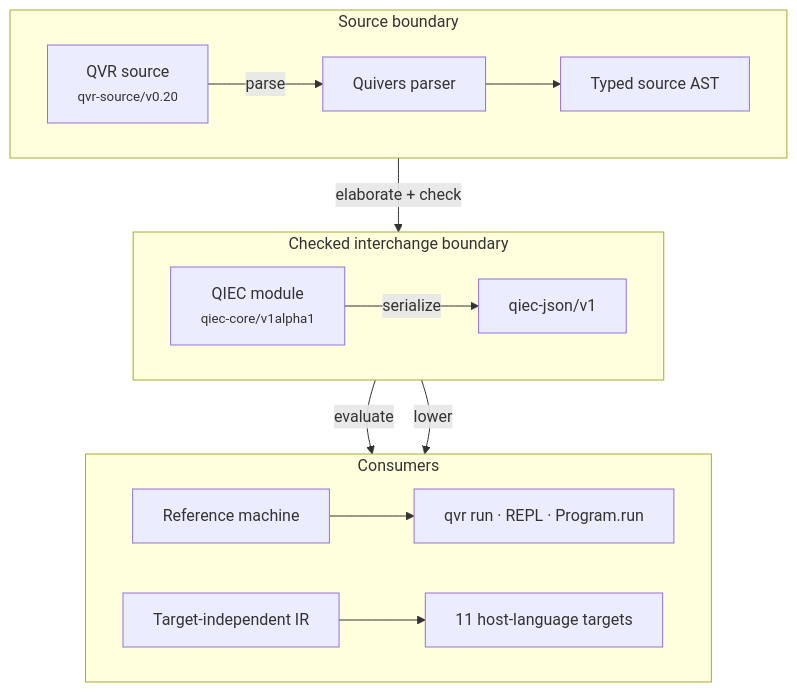
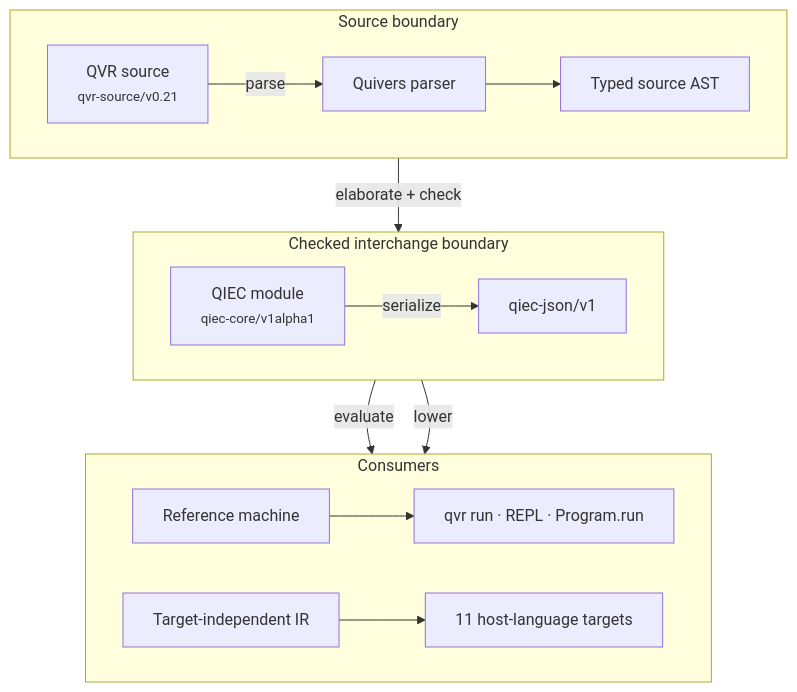
One commit to quivers-dev/quivers changed the diagram in docs/reference/qvr/index.md. Above: the diagram before and after it, drawn with Mermaid. The commit also changed 58 other files, not shown here.

````diff
--- a/docs/reference/qvr/index.md
+++ b/docs/reference/qvr/index.md
@@ -95,20 +95,20 @@
 ```mermaid
 flowchart TB
     subgraph AUTHOR["Source boundary"]
         direction LR
-        S["QVR source<br/><small>qvr-source/v0.20</small>"] -->|parse| P["Quivers parser"] --> A["Typed source AST"]
+        S["QVR source<br/><small>qvr-source/v0.21</small>"] -->|parse| P["Quivers parser"] --> A["Typed source AST"]
     end
     subgraph CORE["Checked interchange boundary"]
         direction LR
         A -->|elaborate + check| Q["QIEC module<br/><small>qiec-core/v1alpha1</small>"]
         Q -->|serialize| J["qiec-json/v1"]
     end
     subgraph CONSUMERS["Consumers"]
         direction LR
         Q -->|evaluate| R["Reference machine"] --> C["qvr run · REPL · Program.run"]
         Q -->|lower| T["Target-independent IR"] --> H["11 host-language targets"]
     end
     class S qv-input
     class P,A,Q,J,T qv-checked
     class R,C,H qv-output
 ```
````
